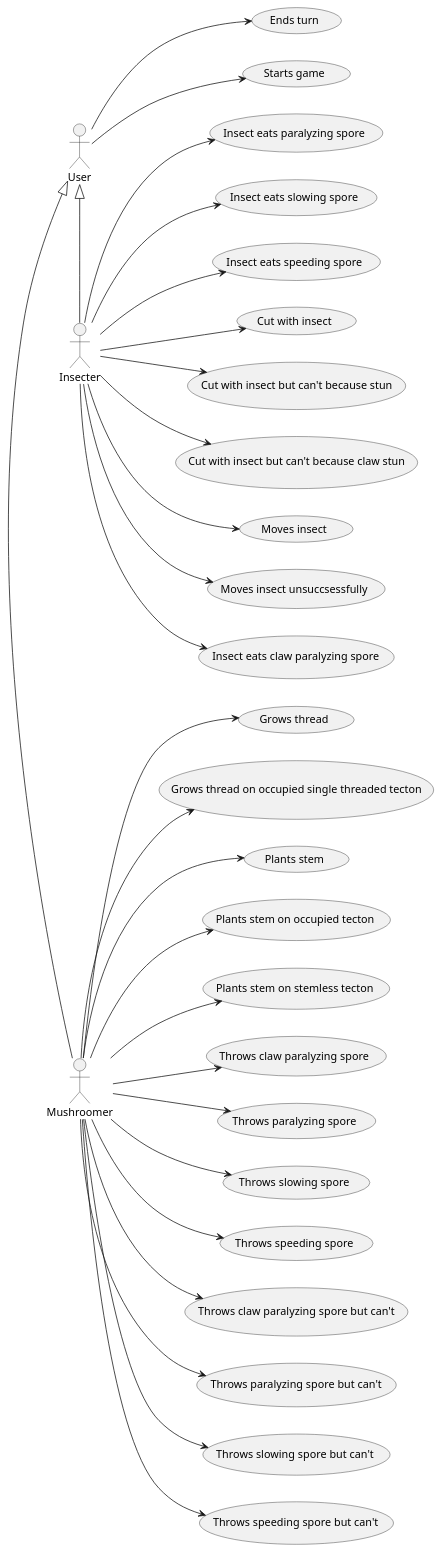
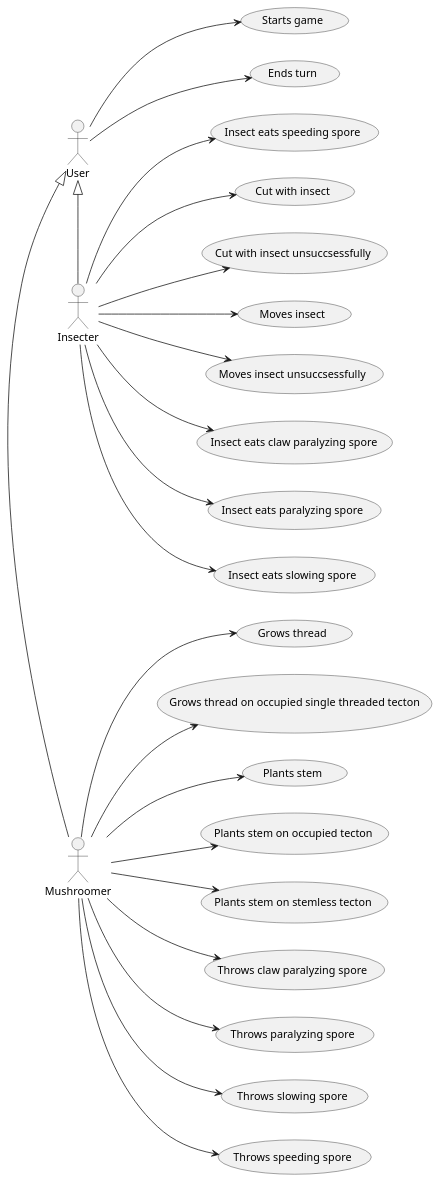
Before and after one commit to Petya-G/fungorium: the diagram in 5/usecase/uc.puml, drawn with PlantUML. The commit also changed 12 other files, not shown here.

Commit message:
sequence fixes

```diff
--- a/5/usecase/uc.puml
+++ b/5/usecase/uc.puml
@@ -1,39 +1,38 @@
 @startuml player
 
 Mushroomer -left-|> User
 Insecter -left-|> User
 
 left to right direction
 User --> (Ends turn)
 User --> (Starts game)
 
 Mushroomer --> (Plants stem)
 Mushroomer --> (Plants stem on occupied tecton)
 Mushroomer --> (Plants stem on stemless tecton)
 'Mushroomer --> (Levels up stem)
 Mushroomer --> (Throws claw paralyzing spore)
 Mushroomer --> (Throws paralyzing spore)
 Mushroomer --> (Throws slowing spore)
 Mushroomer --> (Throws speeding spore)
 
-Mushroomer --> (Throws claw paralyzing spore but can't)
-Mushroomer --> (Throws paralyzing spore but can't)
-Mushroomer --> (Throws slowing spore but can't)
-Mushroomer --> (Throws speeding spore but can't)
+'Mushroomer --> (Throws claw paralyzing spore but can't)
+'Mushroomer --> (Throws paralyzing spore but can't)
+'Mushroomer --> (Throws slowing spore but can't)
+'Mushroomer --> (Throws speeding spore but can't)
 
 Mushroomer --> (Grows thread)
 Mushroomer --> (Grows thread on occupied single threaded tecton)
 
 Insecter --> (Moves insect)
 Insecter --> (Moves insect unsuccsessfully)
 
 Insecter --> (Insect eats claw paralyzing spore)
 Insecter --> (Insect eats paralyzing spore)
 Insecter --> (Insect eats slowing spore)
 Insecter --> (Insect eats speeding spore)
 
 Insecter --> (Cut with insect)
-Insecter --> (Cut with insect but can't because stun)
-Insecter --> (Cut with insect but can't because claw stun)
+Insecter --> (Cut with insect unsuccsessfully)
 
 @enduml
```
